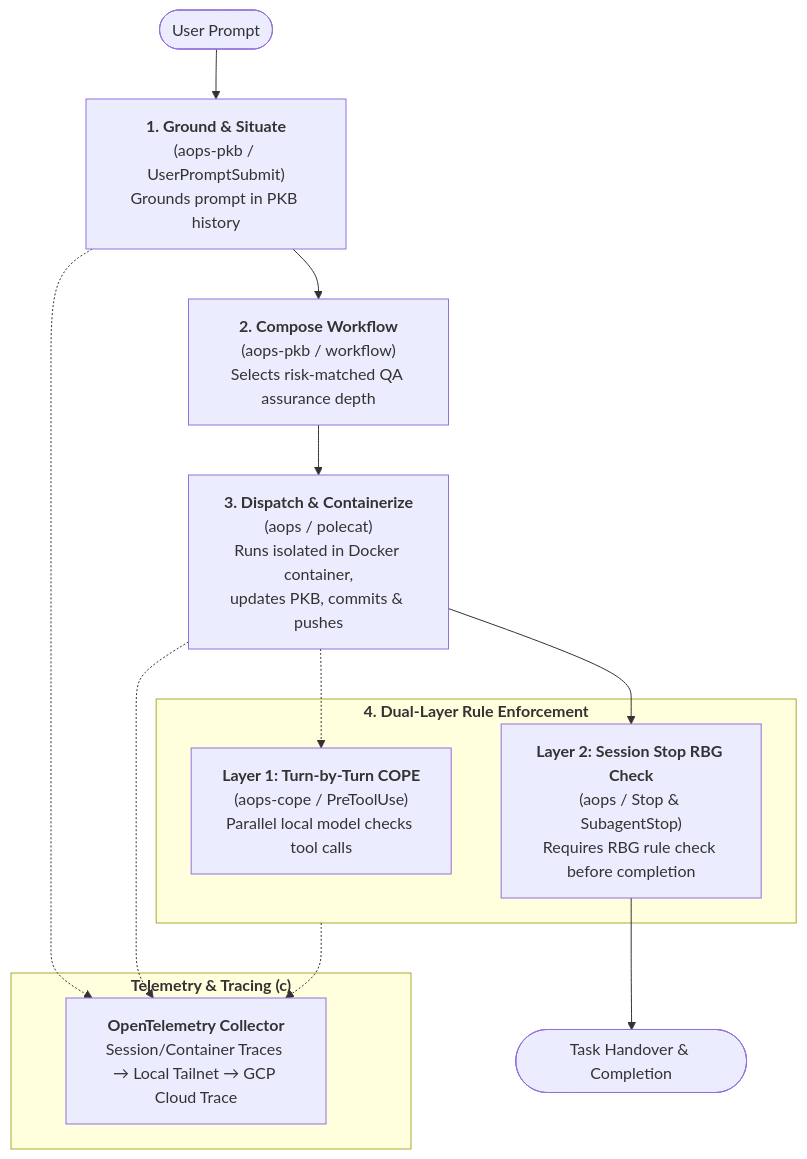
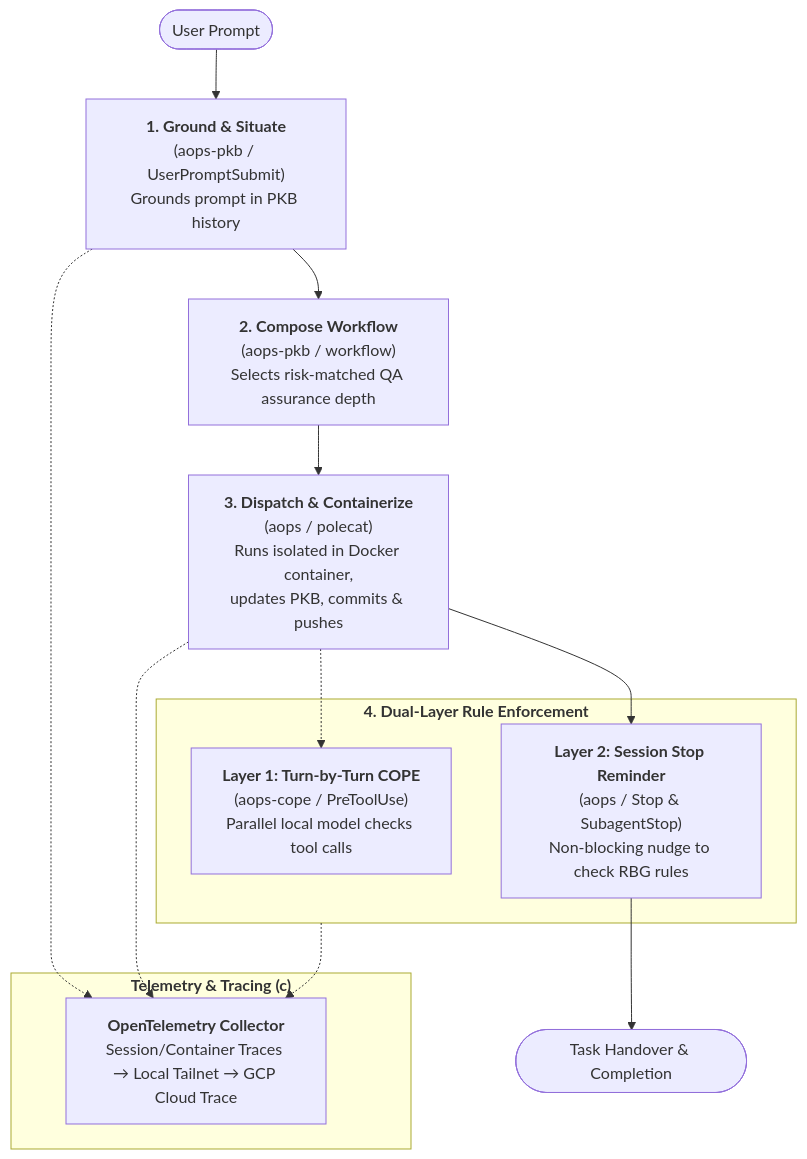
The diagram in README.md (nicsuzor/academicOps), drawn with Mermaid before and after one commit. The commit also changed other lines of this file and 4 other files, not shown here.

````diff
--- a/README.md
+++ b/README.md
@@ -16,23 +16,23 @@
 ```mermaid
 flowchart TD
     U([User Prompt]) --> P1["<b>1. Ground & Situate</b><br/>(aops-pkb / UserPromptSubmit)<br/>Grounds prompt in PKB history"]
     P1 --> P2["<b>2. Compose Workflow</b><br/>(aops-pkb / workflow)<br/>Selects risk-matched QA assurance depth"]
     P2 --> P3["<b>3. Dispatch & Containerize</b><br/>(aops / polecat)<br/>Runs isolated in Docker container,<br/>updates PKB, commits & pushes"]
     
     subgraph Enforcement["<b>4. Dual-Layer Rule Enforcement</b>"]
         E1["<b>Layer 1: Turn-by-Turn COPE</b><br/>(aops-cope / PreToolUse)<br/>Parallel local model checks tool calls"]
-        E2["<b>Layer 2: Session Stop RBG Check</b><br/>(aops / Stop & SubagentStop)<br/>Requires RBG rule check before completion"]
+        E2["<b>Layer 2: Session Stop Reminder</b><br/>(aops / Stop & SubagentStop)<br/>Non-blocking nudge to check RBG rules"]
     end
 
     P3 -.-> E1
     P3 --> E2
     E2 --> F([Task Handover & Completion])
 
     subgraph Tracing["<b>Telemetry & Tracing (c)</b>"]
         OTEL["<b>OpenTelemetry Collector</b><br/>Session/Container Traces → Local Tailnet → GCP Cloud Trace"]
     end
 
     P1 -.-> OTEL
     P3 -.-> OTEL
     Enforcement -.-> OTEL
 ```
````
